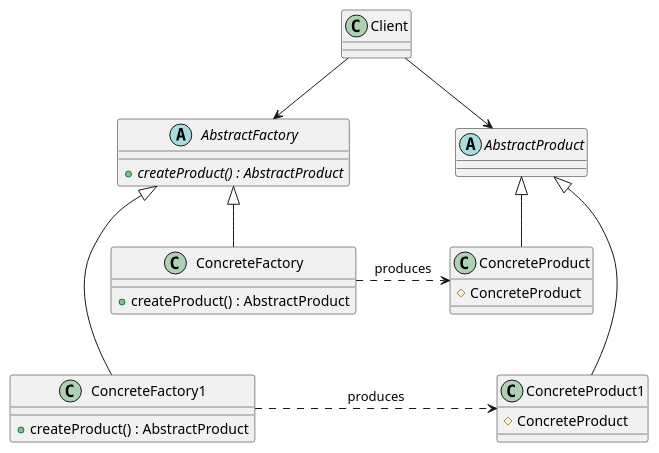
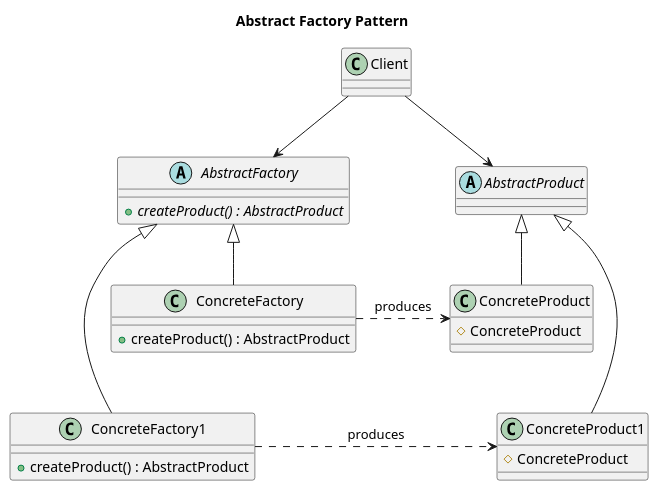
Before and after one commit to elm-suf/GofDesignPatterns: the diagram in src/abstract_factory_pattern/AbstractFactory.puml, drawn with PlantUML. The commit also changed 4 other files, not shown here.

```diff
--- a/src/abstract_factory_pattern/AbstractFactory.puml
+++ b/src/abstract_factory_pattern/AbstractFactory.puml
@@ -1,38 +1,40 @@
 @startuml
+title Abstract Factory Pattern
+
 class Client{
 }
 
 abstract class AbstractFactory{
     + createProduct() : AbstractProduct {abstract}
 }
 
 abstract class AbstractProduct
 
 class ConcreteFactory{
     + createProduct() : AbstractProduct
 }
 
 class ConcreteProduct{
     #ConcreteProduct
 }
 
 class ConcreteFactory1{
     + createProduct() : AbstractProduct
 }
 
 class ConcreteProduct1{
     #ConcreteProduct
 }
 
 Client --> AbstractFactory
 Client --> AbstractProduct
 
 AbstractFactory <|-- ConcreteFactory
 AbstractProduct <|- ConcreteProduct
 AbstractFactory <|--- ConcreteFactory1
 AbstractProduct <|--- ConcreteProduct1
 
 ConcreteFactory .> ConcreteProduct : produces
 ConcreteFactory1 .> ConcreteProduct1: produces
 
 @enduml
```
